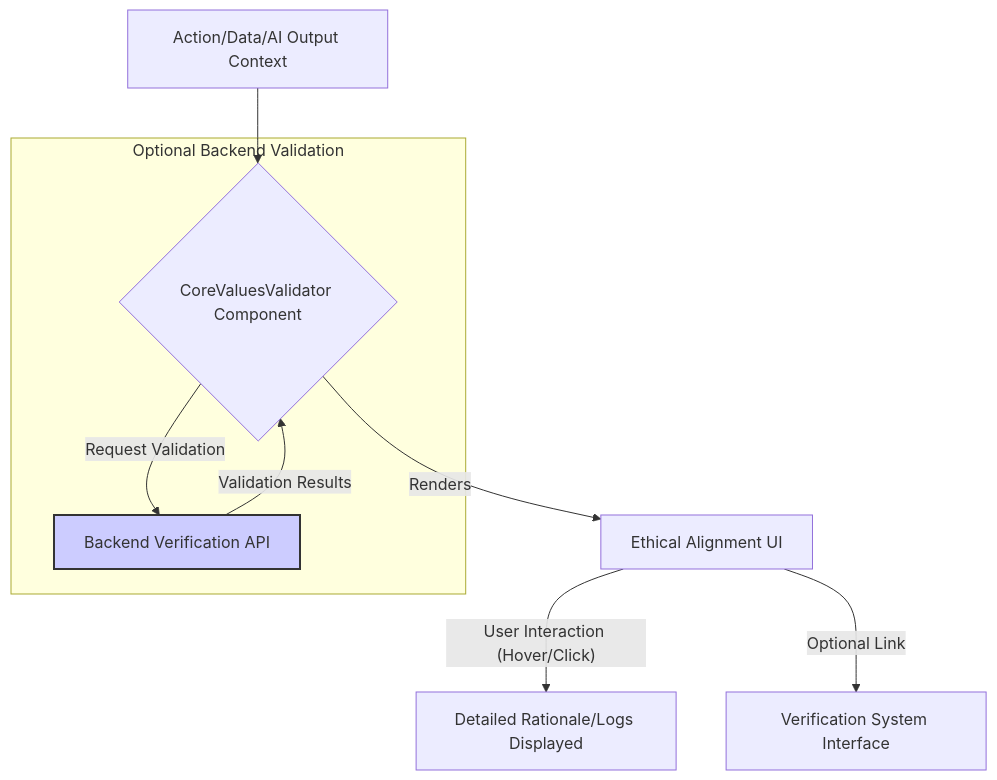
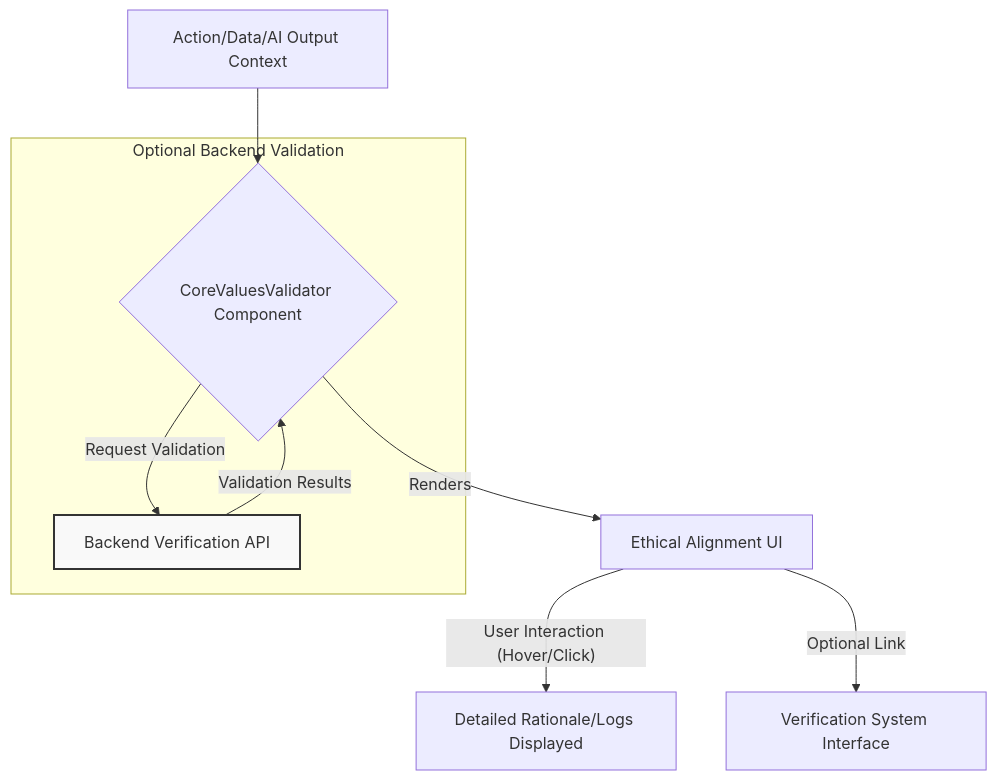
Before and after one commit to EosLumina/--ThinkAlike--: the diagram in docs/components/ui_components/core_values_validator.md, drawn with Mermaid.

Commit message:
Update core values validator diagram node color for improved visibility

````diff
--- a/docs/components/ui_components/core_values_validator.md
+++ b/docs/components/ui_components/core_values_validator.md
@@ -70,14 +70,14 @@
 ```mermaid
 graph TD
     A[Action/Data/AI Output Context] --> B{CoreValuesValidator Component};
     subgraph Optional Backend Validation
         B -- Request Validation --> C[Backend Verification API];
         C -- Validation Results --> B;
     end
     B -- Renders --> D[Ethical Alignment UI];
     D -- User Interaction (Hover/Click) --> E[Detailed Rationale/Logs Displayed];
     D -- Optional Link --> F[Verification System Interface];
 
-    classDef backendNode fill:#ccf,stroke:#333,stroke-width:2px;
+    classDef backendNode fill:#f9f9f9,stroke:#333,stroke-width:2px;
     class C backendNode;
 ```
````
